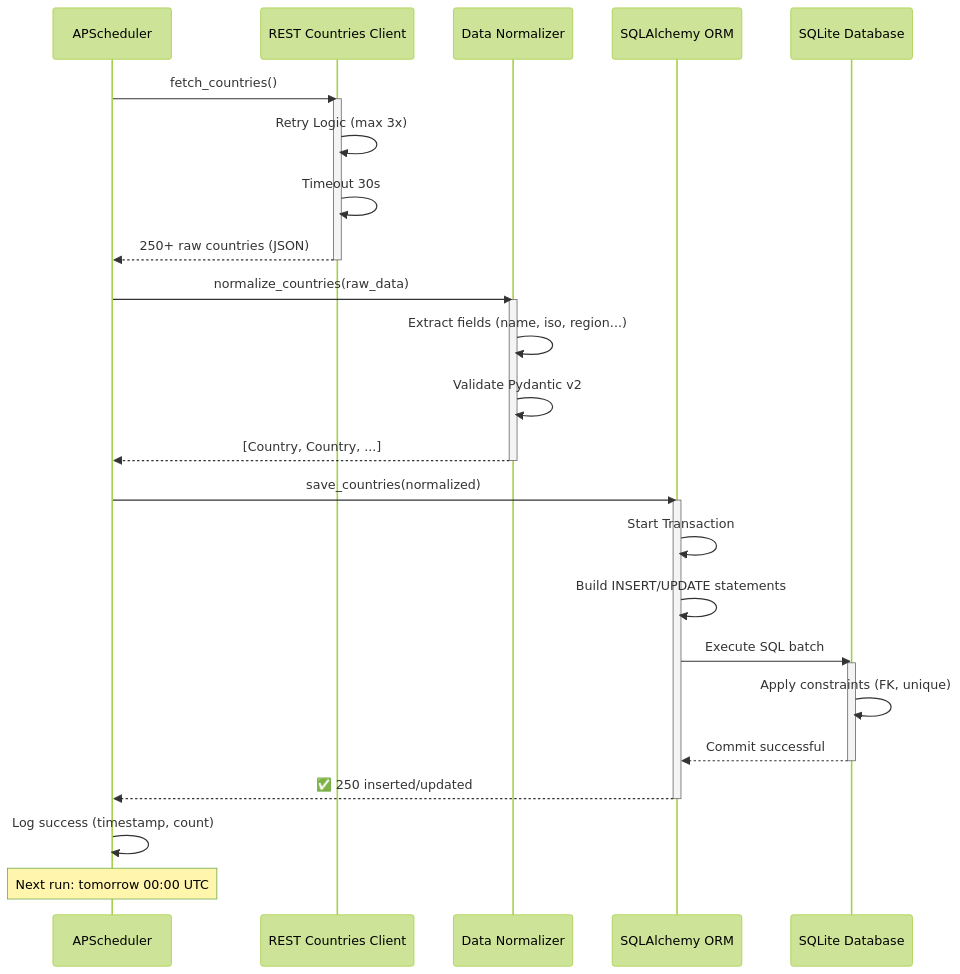
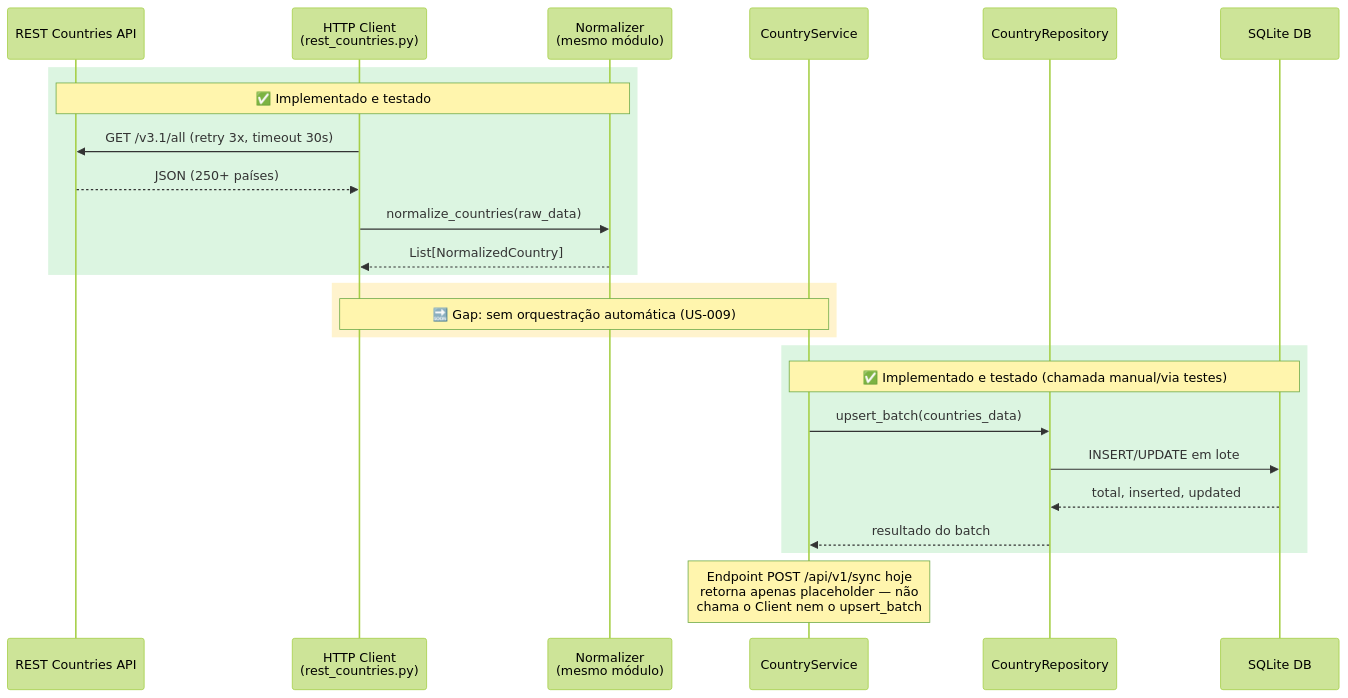
Before and after one commit to joaquimlbc/POS_ENG_IA_UFG: the fifth of 9 diagrams in documentacoes/ARCHITECTURE.md, drawn with Mermaid (forest theme). The commit also changed other lines of this file and 19 other files, not shown here.

First line of the commit message:
Consolidate architecture docs and clean up root markdown files

````diff
--- a/documentacoes/ARCHITECTURE.md
+++ b/documentacoes/ARCHITECTURE.md
@@ -242,37 +210,31 @@
 ```mermaid
 sequenceDiagram
-    participant Scheduler as APScheduler
-    participant API_Client as REST Countries Client
-    participant Normalize as Data Normalizer
-    participant ORM as SQLAlchemy ORM
-    participant DB as SQLite Database
+    participant Ext as REST Countries API
+    participant Client as HTTP Client<br/>(rest_countries.py)
+    participant Norm as Normalizer<br/>(mesmo módulo)
+    participant Service as CountryService
+    participant Repo as CountryRepository
+    participant DB as SQLite DB
 
-    Scheduler->>API_Client: fetch_countries()
-    activate API_Client
-    API_Client->>API_Client: Retry Logic (max 3x)
-    API_Client->>API_Client: Timeout 30s
-    API_Client-->>Scheduler: 250+ raw countries (JSON)
-    deactivate API_Client
+    rect rgb(220, 245, 225)
+    Note over Ext,Norm: ✅ Implementado e testado
+    Client->>Ext: GET /v3.1/all (retry 3x, timeout 30s)
+    Ext-->>Client: JSON (250+ países)
+    Client->>Norm: normalize_countries(raw_data)
+    Norm-->>Client: List[NormalizedCountry]
+    end
 
-    Scheduler->>Normalize: normalize_countries(raw_data)
-    activate Normalize
-    Normalize->>Normalize: Extract fields (name, iso, region...)
-    Normalize->>Normalize: Validate Pydantic v2
-    Normalize-->>Scheduler: [Country, Country, ...]
-    deactivate Normalize
+    rect rgb(255, 243, 205)
+    Note over Client,Service: 🔜 Gap: sem orquestração automática (US-009)
+    end
 
-    Scheduler->>ORM: save_countries(normalized)
-    activate ORM
-    ORM->>ORM: Start Transaction
-    ORM->>ORM: Build INSERT/UPDATE statements
-    ORM->>DB: Execute SQL batch
-    activate DB
-    DB->>DB: Apply constraints (FK, unique)
-    DB-->>ORM: Commit successful
-    deactivate DB
-    ORM-->>Scheduler: ✅ 250 inserted/updated
-    deactivate ORM
+    rect rgb(220, 245, 225)
+    Note over Service,DB: ✅ Implementado e testado (chamada manual/via testes)
+    Service->>Repo: upsert_batch(countries_data)
+    Repo->>DB: INSERT/UPDATE em lote
+    DB-->>Repo: total, inserted, updated
+    Repo-->>Service: resultado do batch
+    end
 
-    Scheduler->>Scheduler: Log success (timestamp, count)
-    Note over Scheduler: Next run: tomorrow 00:00 UTC
+    Note over Service: Endpoint POST /api/v1/sync hoje<br/>retorna apenas placeholder — não<br/>chama o Client nem o upsert_batch
 ```
````
